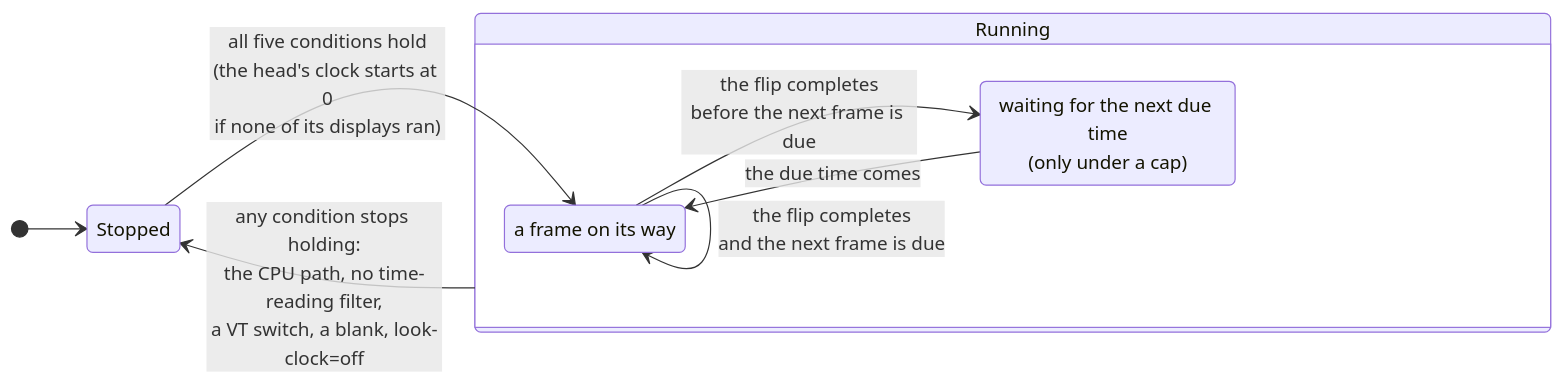
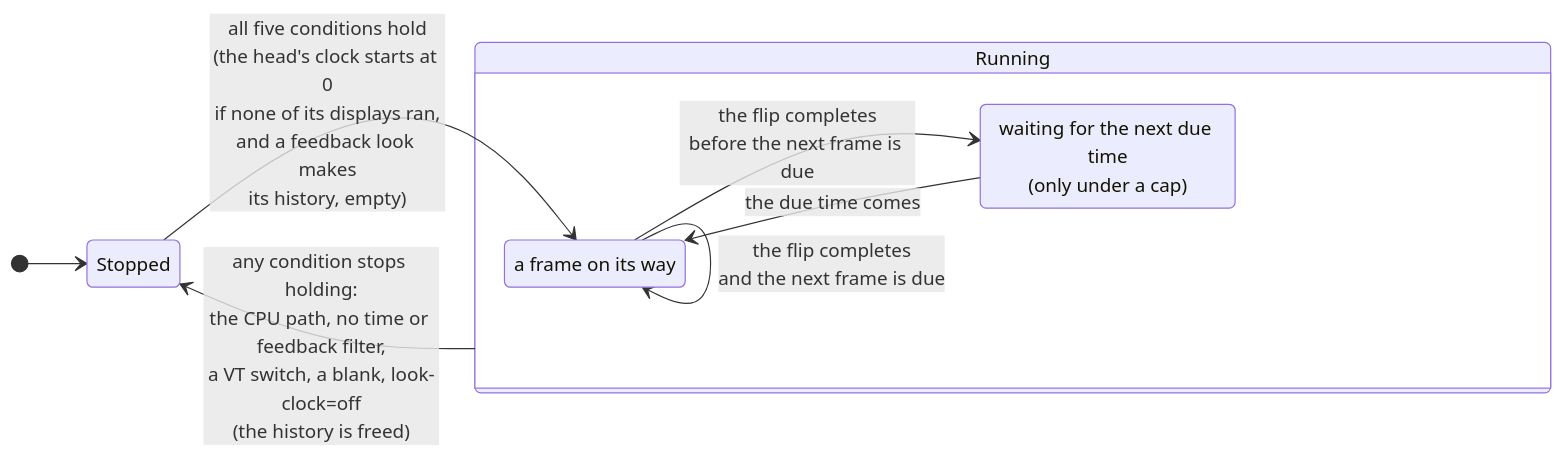
Before and after one commit to vtium/vtium: the diagram in docs/architecture/render/ADR-1305-a-frame-clock-gives-the-time-to-spatial-shaders-that-declare-they-read-it.md, drawn with Mermaid. The commit also changed other lines of this file, not shown here.

````diff
--- a/docs/architecture/render/ADR-1305-a-frame-clock-gives-the-time-to-spatial-shaders-that-declare-they-read-it.md
+++ b/docs/architecture/render/ADR-1305-a-frame-clock-gives-the-time-to-spatial-shaders-that-declare-they-read-it.md
@@ -116,14 +163,14 @@
 ```mermaid
 stateDiagram-v2
     direction LR
     [*] --> Stopped
-    Stopped --> OnItsWay: all five conditions hold<br>(the head's clock starts at 0<br>if none of its displays ran)
+    Stopped --> OnItsWay: all five conditions hold<br>(the head's clock starts at 0<br>if none of its displays ran,<br>and a feedback look makes<br>its history, empty)
     state Running {
         OnItsWay: a frame on its way
         Due: waiting for the next due time<br>(only under a cap)
         OnItsWay --> OnItsWay: the flip completes<br>and the next frame is due
         OnItsWay --> Due: the flip completes<br>before the next frame is due
         Due --> OnItsWay: the due time comes
     }
-    Running --> Stopped: any condition stops holding:<br>the CPU path, no time-reading filter,<br>a VT switch, a blank, look-clock=off
+    Running --> Stopped: any condition stops holding:<br>the CPU path, no time or feedback filter,<br>a VT switch, a blank, look-clock=off<br>(the history is freed)
 ```
````
